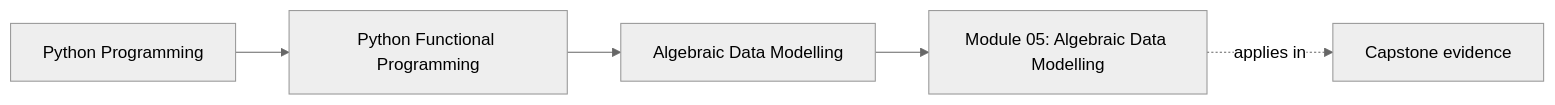
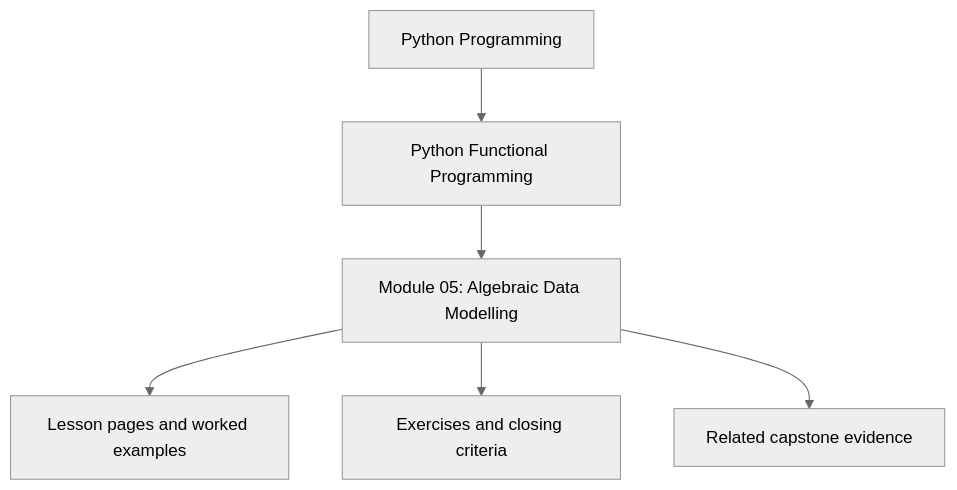
The first of 2 diagrams in programs/python-programming/python-functional-programming/course-book/module-05-algebraic-data-modelling/index.md (bijux/bijux-masterclass), drawn with Mermaid (neutral theme) before and after one commit. The commit also changed other lines of this file and 10 other files, not shown here.

Commit message:
docs(python-functional-programming): reposition module overview diagrams

````diff
--- a/programs/python-programming/python-functional-programming/course-book/module-05-algebraic-data-modelling/index.md
+++ b/programs/python-programming/python-functional-programming/course-book/module-05-algebraic-data-modelling/index.md
@@ -7,11 +7,8 @@
 ```mermaid
-graph LR
-  family["Python Programming"]
-  program["Python Functional Programming"]
-  section["Algebraic Data Modelling"]
-  page["Module 05: Algebraic Data Modelling"]
-  capstone["Capstone evidence"]
-
-  family --> program --> section --> page
-  page -.applies in.-> capstone
+flowchart TD
+  family["Python Programming"] --> program["Python Functional Programming"]
+  program --> module["Module 05: Algebraic Data Modelling"]
+  module --> lessons["Lesson pages and worked examples"]
+  module --> checkpoints["Exercises and closing criteria"]
+  module --> capstone["Related capstone evidence"]
 ```
````
